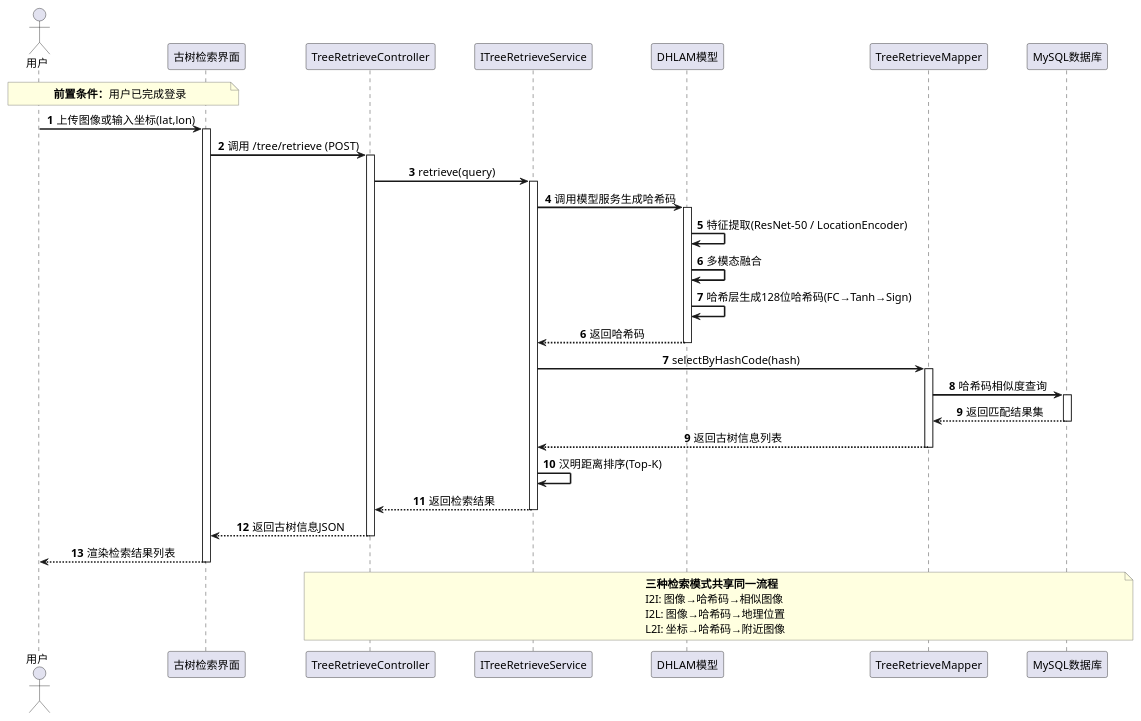
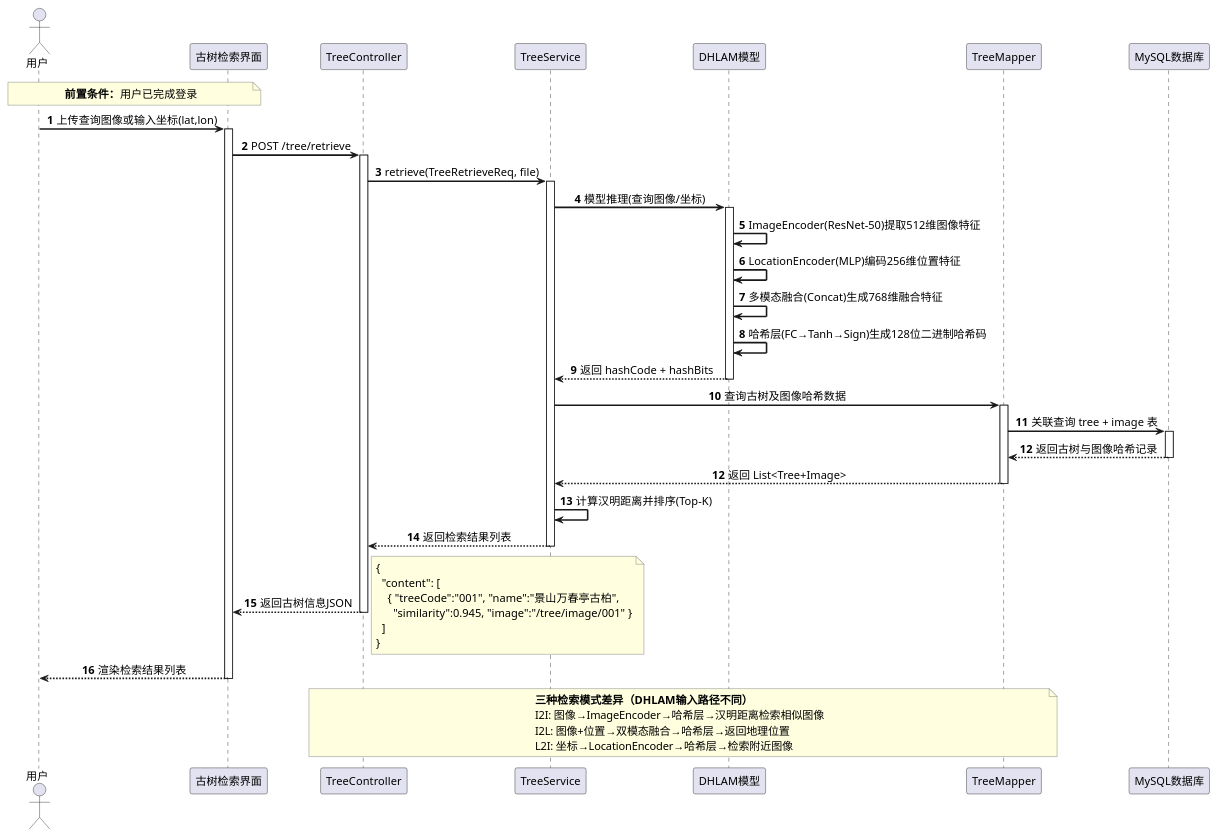
Before and after one commit to ssl1995/imooc-wiki: the diagram in word/第4章/图4.7-古树名木检索时序图-彩色版.puml, drawn with PlantUML. The commit also changed 7 other files, not shown here.

```diff
--- a/word/第4章/图4.7-古树名木检索时序图-彩色版.puml
+++ b/word/第4章/图4.7-古树名木检索时序图-彩色版.puml
@@ -1,90 +1,105 @@
 @startuml
 
 ' ===== 字体与样式设置 =====
 skinparam defaultFontSize 14
 skinparam defaultFontName SimHei
 skinparam sequenceMessageAlign center
 skinparam sequenceArrowThickness 2
 skinparam participantPadding 20
 skinparam sequenceBoxBackgroundColor #F8F8F8
 skinparam noteBackgroundColor #FFFFE0
 skinparam noteBorderColor #666666
 
-' ===== 参与者（精简为6个） =====
+' ===== 参与者 =====
 actor "用户" as User
 participant "古树检索界面" as SearchPage
-participant "TreeRetrieveController" as Controller
-participant "ITreeRetrieveService" as Service
+participant "TreeController" as Controller
+participant "TreeService" as Service
 participant "DHLAM模型" as DHLAM
-participant "TreeRetrieveMapper" as Mapper
+participant "TreeMapper" as Mapper
 participant "MySQL数据库" as DB
 
 ' ===== 前置条件说明 =====
 note over User, SearchPage
   <b>前置条件：</b>用户已完成登录
 end note
 
-' ===== 核心检索流程（三种模式合并描述） =====
+' ===== 核心检索流程（以I2I为主链路） =====
 autonumber 1
-User -> SearchPage: 上传图像或输入坐标(lat,lon)
+User -> SearchPage: 上传查询图像或输入坐标(lat,lon)
 activate SearchPage
 
 autonumber 2
-SearchPage -> Controller: 调用 /tree/retrieve (POST)
+SearchPage -> Controller: POST /tree/retrieve
 activate Controller
 
 autonumber 3
-Controller -> Service: retrieve(query)
+Controller -> Service: retrieve(TreeRetrieveReq, file)
 activate Service
 
 autonumber 4
-Service -> DHLAM: 调用模型服务生成哈希码
+Service -> DHLAM: 模型推理(查询图像/坐标)
 activate DHLAM
 
 autonumber 5
-DHLAM -> DHLAM: 特征提取(ResNet-50 / LocationEncoder)
-DHLAM -> DHLAM: 多模态融合
-DHLAM -> DHLAM: 哈希层生成128位哈希码(FC→Tanh→Sign)
+DHLAM -> DHLAM: ImageEncoder(ResNet-50)提取512维图像特征
 
 autonumber 6
-DHLAM --> Service: 返回哈希码
+DHLAM -> DHLAM: LocationEncoder(MLP)编码256维位置特征
+
+autonumber 7
+DHLAM -> DHLAM: 多模态融合(Concat)生成768维融合特征
+
+autonumber 8
+DHLAM -> DHLAM: 哈希层(FC→Tanh→Sign)生成128位二进制哈希码
+
+autonumber 9
+DHLAM --> Service: 返回 hashCode + hashBits
 deactivate DHLAM
 
-autonumber 7
-Service -> Mapper: selectByHashCode(hash)
+autonumber 10
+Service -> Mapper: 查询古树及图像哈希数据
 activate Mapper
 
-autonumber 8
-Mapper -> DB: 哈希码相似度查询
+autonumber 11
+Mapper -> DB: 关联查询 tree + image 表
 activate DB
-DB --> Mapper: 返回匹配结果集
+DB --> Mapper: 返回古树与图像哈希记录
 deactivate DB
 
-autonumber 9
-Mapper --> Service: 返回古树信息列表
+autonumber 12
+Mapper --> Service: 返回 List<Tree+Image>
 deactivate Mapper
 
-autonumber 10
-Service -> Service: 汉明距离排序(Top-K)
+autonumber 13
+Service -> Service: 计算汉明距离并排序(Top-K)
 
-autonumber 11
-Service --> Controller: 返回检索结果
+autonumber 14
+Service --> Controller: 返回检索结果列表
 deactivate Service
 
-autonumber 12
+autonumber 15
 Controller --> SearchPage: 返回古树信息JSON
+note right
+  {
+    "content": [
+      { "treeCode":"001", "name":"景山万春亭古柏",
+        "similarity":0.945, "image":"/tree/image/001" }
+    ]
+  }
+end note
 deactivate Controller
 
-autonumber 13
+autonumber 16
 SearchPage --> User: 渲染检索结果列表
 deactivate SearchPage
 
-' ===== 底部说明（替代右侧note，不占横向空间） =====
-note over Controller, DB
-  <b>三种检索模式共享同一流程</b>
-  I2I: 图像→哈希码→相似图像
-  I2L: 图像→哈希码→地理位置
-  L2I: 坐标→哈希码→附近图像
+' ===== 三种检索模式说明 =====
+note over Controller, Mapper
+  <b>三种检索模式差异（DHLAM输入路径不同）</b>
+  I2I: 图像→ImageEncoder→哈希层→汉明距离检索相似图像
+  I2L: 图像+位置→双模态融合→哈希层→返回地理位置
+  L2I: 坐标→LocationEncoder→哈希层→检索附近图像
 end note
 
 @enduml
```
